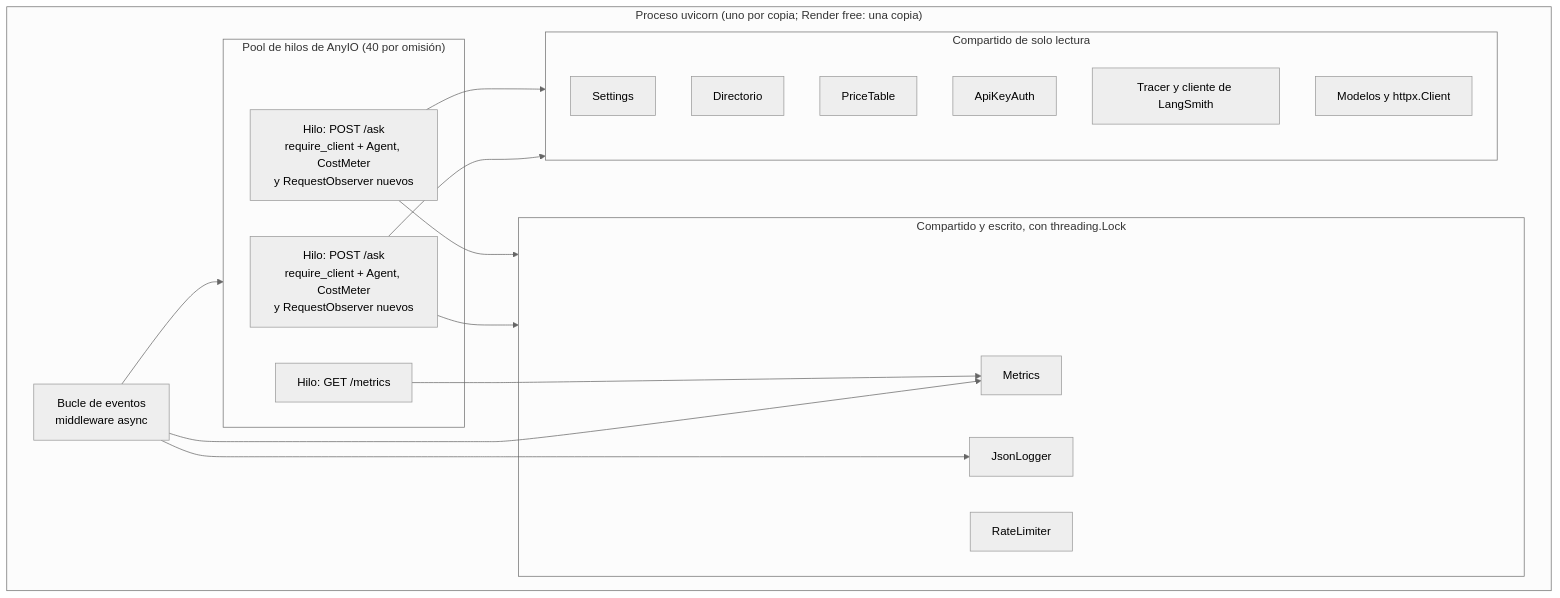
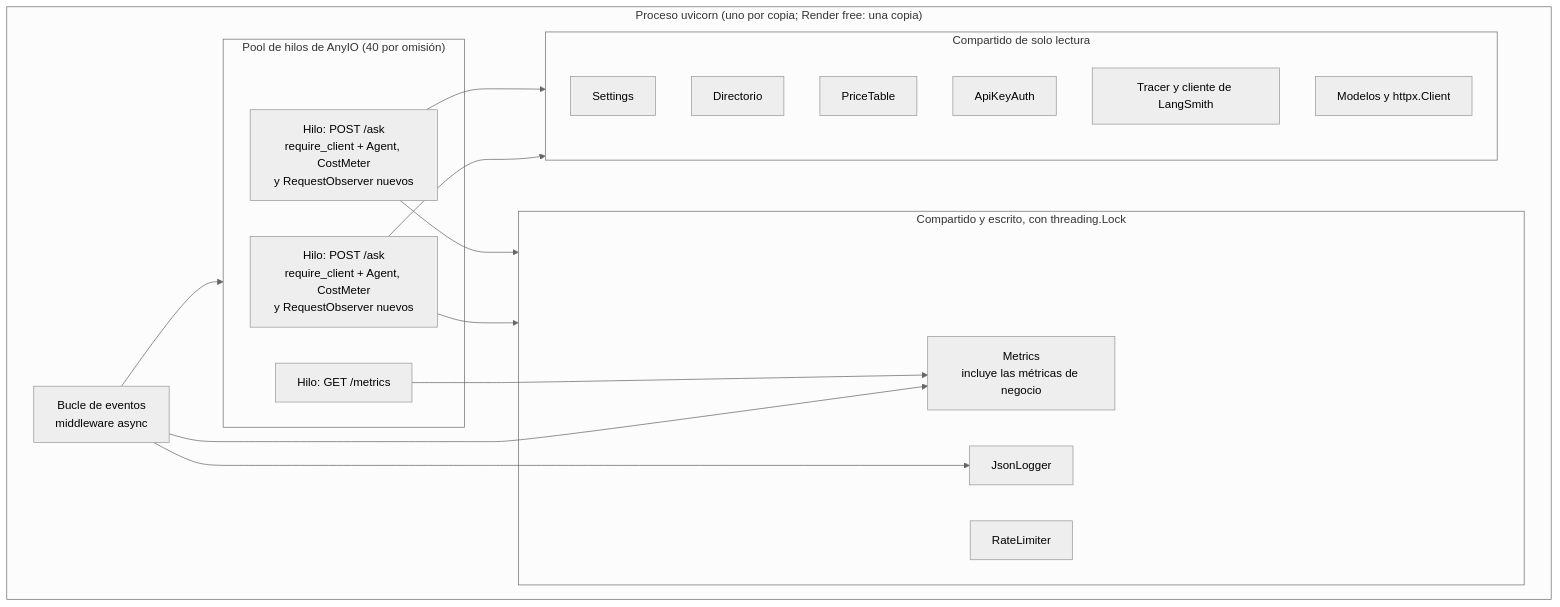
Before and after one commit to EAPH96/Fabric-AI-M4: the fifth of 6 diagrams in doc/architecture.md, drawn with Mermaid (neutral theme). The commit also changed other lines of this file and 18 other files, not shown here.

Commit message:
spec/07-reto-observabilidad.md: métricas de negocio (by_model, cached_calls, stopped, tools, status) en /metrics de los dos productos

````diff
--- a/doc/architecture.md
+++ b/doc/architecture.md
@@ -109,32 +147,32 @@
 ```mermaid
 flowchart TB
     subgraph PROC["Proceso uvicorn (uno por copia; Render free: una copia)"]
         EL["Bucle de eventos<br/>middleware async"]
         subgraph POOL["Pool de hilos de AnyIO (40 por omisión)"]
             H1["Hilo: POST /ask<br/>require_client + Agent, CostMeter<br/>y RequestObserver nuevos"]
             H2["Hilo: POST /ask<br/>require_client + Agent, CostMeter<br/>y RequestObserver nuevos"]
             H3["Hilo: GET /metrics"]
         end
         EL --> POOL
         subgraph SHARED["Compartido y escrito, con threading.Lock"]
-            MET["Metrics"]
+            MET["Metrics<br/>incluye las métricas de negocio"]
             LOG["JsonLogger"]
             RL["RateLimiter"]
         end
         subgraph RO["Compartido de solo lectura"]
             CFG["Settings"]
             DIR["Directorio"]
             PRI["PriceTable"]
             AUTH["ApiKeyAuth"]
             TRC["Tracer y cliente de LangSmith"]
             MOD["Modelos y httpx.Client"]
         end
         EL --> MET
         EL --> LOG
         H1 --> SHARED
         H2 --> SHARED
         H3 --> MET
         H1 --> RO
         H2 --> RO
     end
 ```
````
